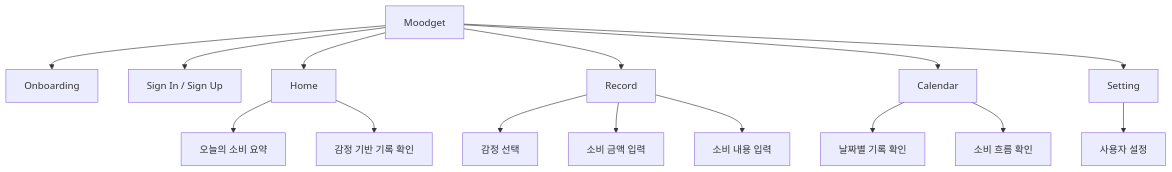
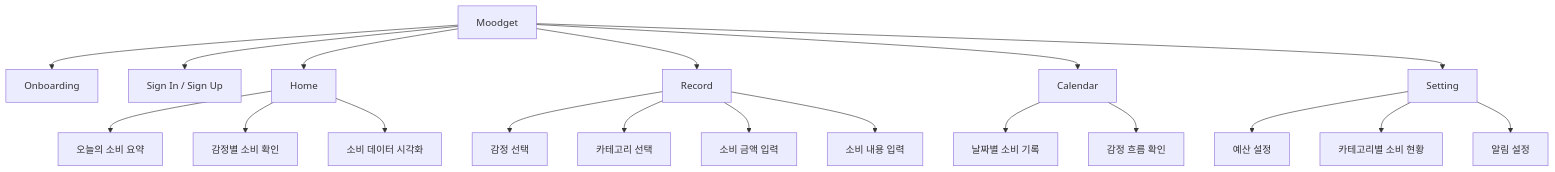
One commit to hyunjaeha/moodget changed the second of 5 diagrams in README.md. Above: the diagram before and after it, drawn with Mermaid. The commit also changed other lines of this file, not shown here.

````diff
--- a/README.md
+++ b/README.md
@@ -75,23 +76,27 @@
 ```mermaid
 flowchart TD
     A[Moodget]
 
     A --> B[Onboarding]
     A --> C[Sign In / Sign Up]
     A --> D[Home]
     A --> E[Record]
     A --> F[Calendar]
     A --> G[Setting]
 
     D --> D1[오늘의 소비 요약]
-    D --> D2[감정 기반 기록 확인]
+    D --> D2[감정별 소비 확인]
+    D --> D3[소비 데이터 시각화]
 
     E --> E1[감정 선택]
-    E --> E2[소비 금액 입력]
-    E --> E3[소비 내용 입력]
+    E --> E2[카테고리 선택]
+    E --> E3[소비 금액 입력]
+    E --> E4[소비 내용 입력]
 
-    F --> F1[날짜별 기록 확인]
-    F --> F2[소비 흐름 확인]
+    F --> F1[날짜별 소비 기록]
+    F --> F2[감정 흐름 확인]
 
-    G --> G1[사용자 설정]
+    G --> G1[예산 설정]
+    G --> G2[카테고리별 소비 현황]
+    G --> G3[알림 설정]
 ```
````
